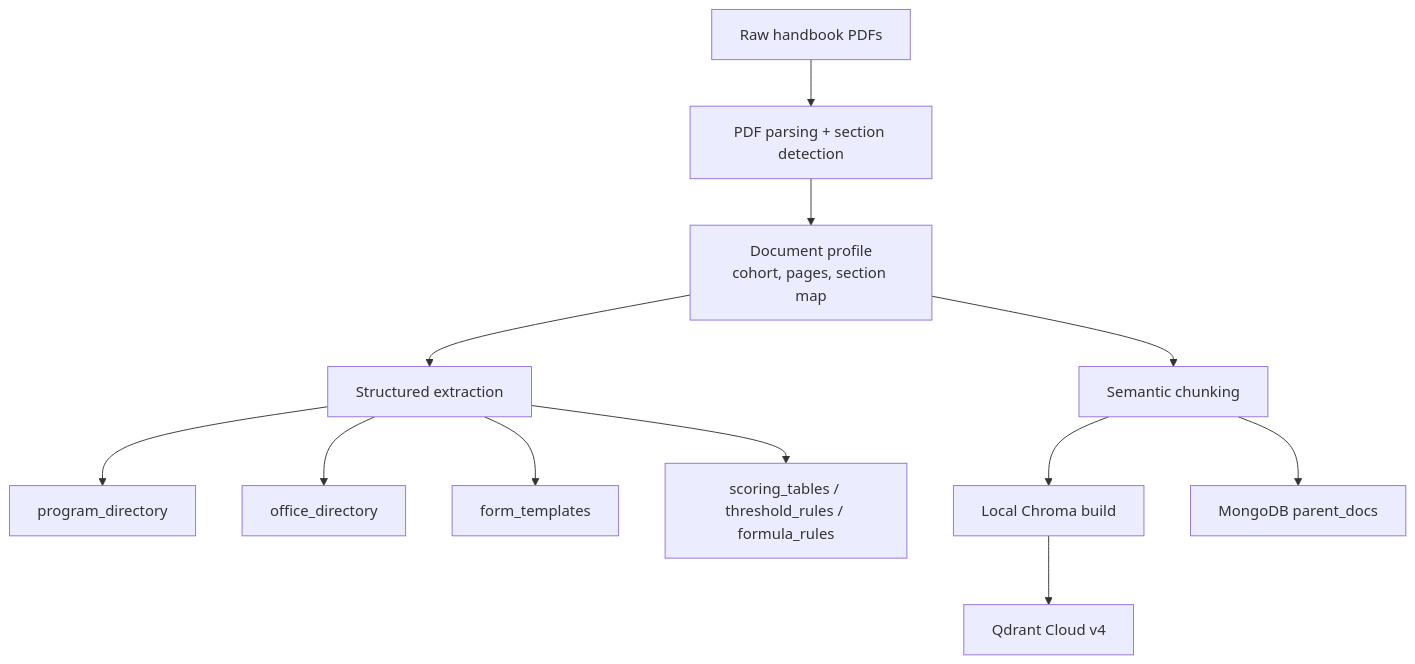
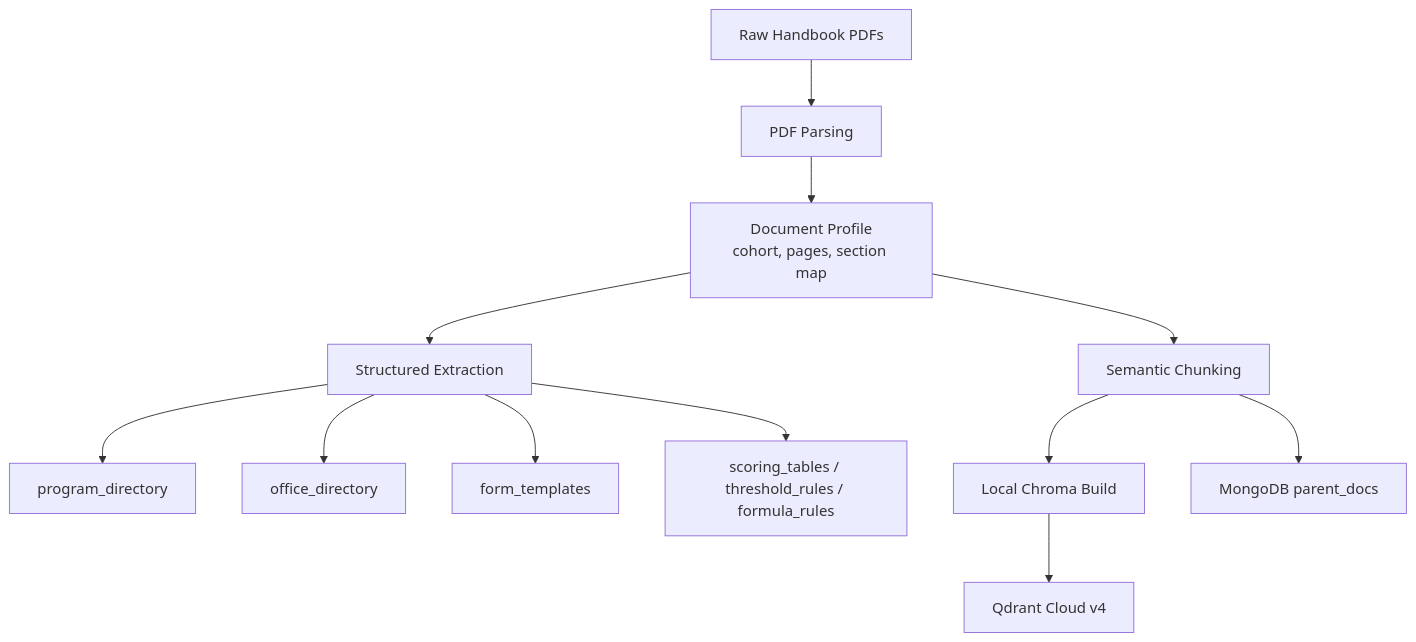
One commit to AnhPhiNe/student-handbook-rag-chatbot changed the third of 3 diagrams in README.md. Above: the diagram before and after it, drawn with Mermaid. The commit also changed other lines of this file, not shown here.

````diff
--- a/README.md
+++ b/README.md
@@ -102,16 +185,16 @@
 ```mermaid
 flowchart TD
-    PDF["Raw handbook PDFs"] --> Parse["PDF parsing + section detection"]
-    Parse --> Profile["Document profile\ncohort, pages, section map"]
-    Profile --> Extract["Structured extraction"]
-    Profile --> Chunk["Semantic chunking"]
+    PDF["Raw Handbook PDFs"] --> Parse["PDF Parsing"]
+    Parse --> Profile["Document Profile\ncohort, pages, section map"]
+    Profile --> Extract["Structured Extraction"]
+    Profile --> Chunk["Semantic Chunking"]
 
-    Extract --> Programs["program_directory"]
-    Extract --> Offices["office_directory"]
-    Extract --> Forms["form_templates"]
-    Extract --> Scores["scoring_tables / threshold_rules / formula_rules"]
+    Extract --> Program["program_directory"]
+    Extract --> Office["office_directory"]
+    Extract --> Form["form_templates"]
+    Extract --> Score["scoring_tables / threshold_rules / formula_rules"]
 
-    Chunk --> Chroma["Local Chroma build"]
+    Chunk --> Chroma["Local Chroma Build"]
     Chroma --> Qdrant["Qdrant Cloud v4"]
-    Chunk --> Mongo["MongoDB parent_docs"]
+    Chunk --> Docstore["MongoDB parent_docs"]
 ```
````
